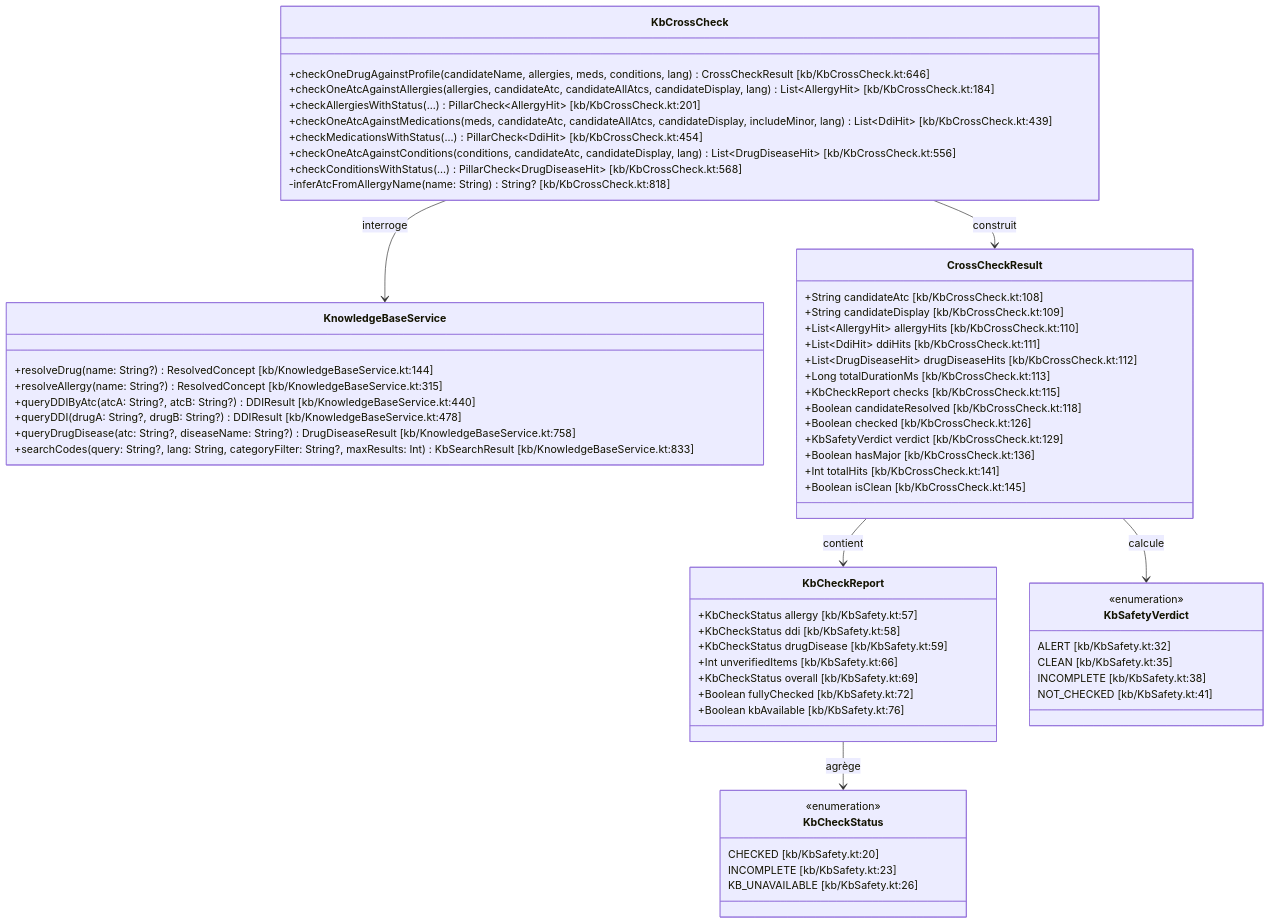
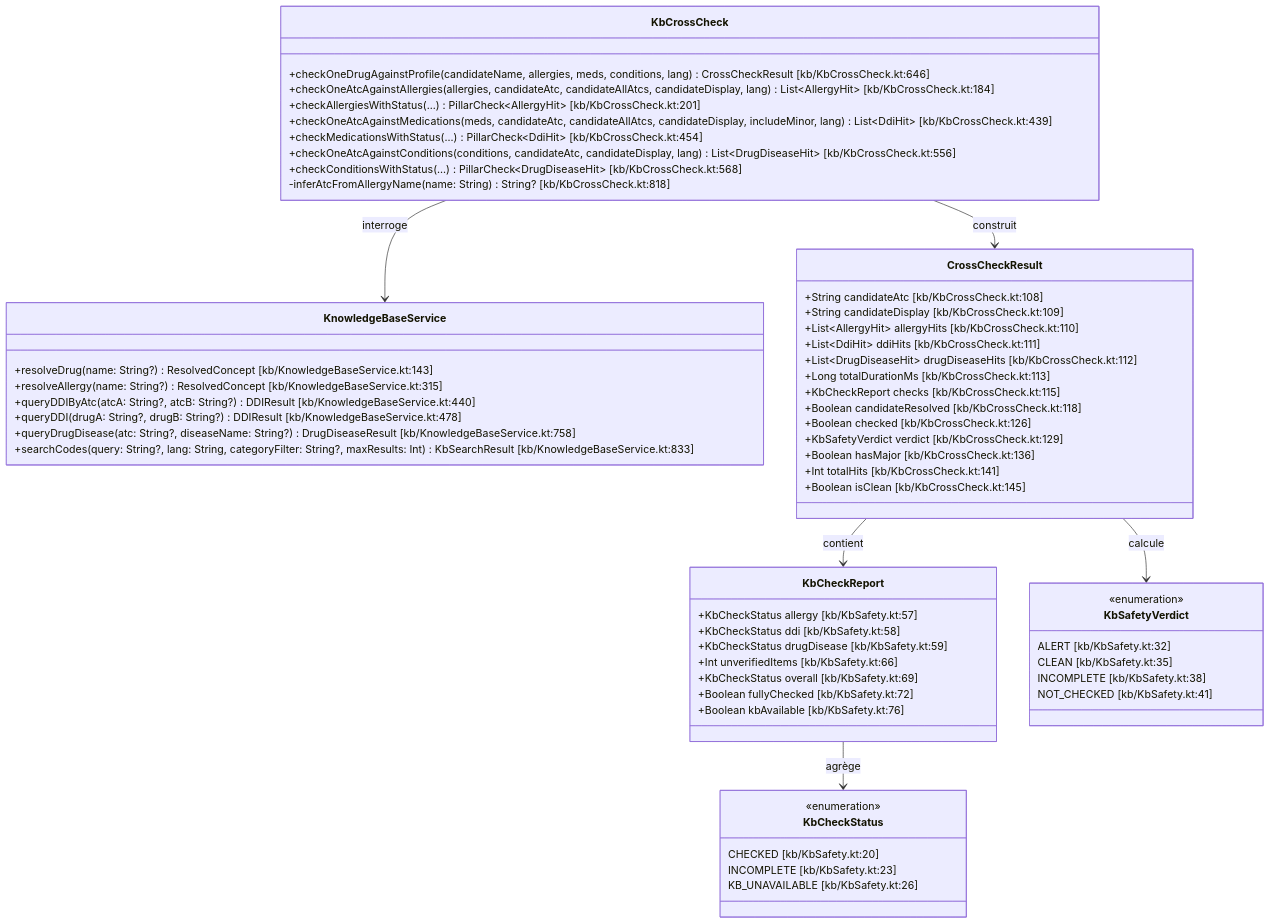
Before and after one commit to kurodohenroonsen/JemmaPass: the sixth of 21 diagrams in docs/DOCUMENTATION_UML_FONCTIONNELLE.md, drawn with Mermaid. The commit also changed other lines of this file and 2 other files, not shown here.

````diff
--- a/docs/DOCUMENTATION_UML_FONCTIONNELLE.md
+++ b/docs/DOCUMENTATION_UML_FONCTIONNELLE.md
@@ -341,69 +341,69 @@
 ```mermaid
 classDiagram
     class KnowledgeBaseService {
-        +resolveDrug(name: String?) ResolvedConcept [kb/KnowledgeBaseService.kt:144]
+        +resolveDrug(name: String?) ResolvedConcept [kb/KnowledgeBaseService.kt:143]
         +resolveAllergy(name: String?) ResolvedConcept [kb/KnowledgeBaseService.kt:315]
         +queryDDIByAtc(atcA: String?, atcB: String?) DDIResult [kb/KnowledgeBaseService.kt:440]
         +queryDDI(drugA: String?, drugB: String?) DDIResult [kb/KnowledgeBaseService.kt:478]
         +queryDrugDisease(atc: String?, diseaseName: String?) DrugDiseaseResult [kb/KnowledgeBaseService.kt:758]
         +searchCodes(query: String?, lang: String, categoryFilter: String?, maxResults: Int) KbSearchResult [kb/KnowledgeBaseService.kt:833]
     }
 
     class KbCrossCheck {
         +checkOneDrugAgainstProfile(candidateName, allergies, meds, conditions, lang) CrossCheckResult [kb/KbCrossCheck.kt:646]
         +checkOneAtcAgainstAllergies(allergies, candidateAtc, candidateAllAtcs, candidateDisplay, lang) List~AllergyHit~ [kb/KbCrossCheck.kt:184]
         +checkAllergiesWithStatus(...) PillarCheck~AllergyHit~ [kb/KbCrossCheck.kt:201]
         +checkOneAtcAgainstMedications(meds, candidateAtc, candidateAllAtcs, candidateDisplay, includeMinor, lang) List~DdiHit~ [kb/KbCrossCheck.kt:439]
         +checkMedicationsWithStatus(...) PillarCheck~DdiHit~ [kb/KbCrossCheck.kt:454]
         +checkOneAtcAgainstConditions(conditions, candidateAtc, candidateDisplay, lang) List~DrugDiseaseHit~ [kb/KbCrossCheck.kt:556]
         +checkConditionsWithStatus(...) PillarCheck~DrugDiseaseHit~ [kb/KbCrossCheck.kt:568]
         -inferAtcFromAllergyName(name: String) String? [kb/KbCrossCheck.kt:818]
     }
 
     class CrossCheckResult {
         +String candidateAtc [kb/KbCrossCheck.kt:108]
         +String candidateDisplay [kb/KbCrossCheck.kt:109]
         +List~AllergyHit~ allergyHits [kb/KbCrossCheck.kt:110]
         +List~DdiHit~ ddiHits [kb/KbCrossCheck.kt:111]
         +List~DrugDiseaseHit~ drugDiseaseHits [kb/KbCrossCheck.kt:112]
         +Long totalDurationMs [kb/KbCrossCheck.kt:113]
         +KbCheckReport checks [kb/KbCrossCheck.kt:115]
         +Boolean candidateResolved [kb/KbCrossCheck.kt:118]
         +Boolean checked [kb/KbCrossCheck.kt:126]
         +KbSafetyVerdict verdict [kb/KbCrossCheck.kt:129]
         +Boolean hasMajor [kb/KbCrossCheck.kt:136]
         +Int totalHits [kb/KbCrossCheck.kt:141]
         +Boolean isClean [kb/KbCrossCheck.kt:145]
     }
 
     class KbCheckReport {
         +KbCheckStatus allergy [kb/KbSafety.kt:57]
         +KbCheckStatus ddi [kb/KbSafety.kt:58]
         +KbCheckStatus drugDisease [kb/KbSafety.kt:59]
         +Int unverifiedItems [kb/KbSafety.kt:66]
         +KbCheckStatus overall [kb/KbSafety.kt:69]
         +Boolean fullyChecked [kb/KbSafety.kt:72]
         +Boolean kbAvailable [kb/KbSafety.kt:76]
     }
 
     class KbSafetyVerdict {
         <<enumeration>>
         ALERT [kb/KbSafety.kt:32]
         CLEAN [kb/KbSafety.kt:35]
         INCOMPLETE [kb/KbSafety.kt:38]
         NOT_CHECKED [kb/KbSafety.kt:41]
     }
 
     class KbCheckStatus {
         <<enumeration>>
         CHECKED [kb/KbSafety.kt:20]
         INCOMPLETE [kb/KbSafety.kt:23]
         KB_UNAVAILABLE [kb/KbSafety.kt:26]
     }
 
     KbCrossCheck --> KnowledgeBaseService : interroge
     KbCrossCheck --> CrossCheckResult : construit
     CrossCheckResult --> KbSafetyVerdict : calcule
     CrossCheckResult --> KbCheckReport : contient
     KbCheckReport --> KbCheckStatus : agrège
 ```
````
